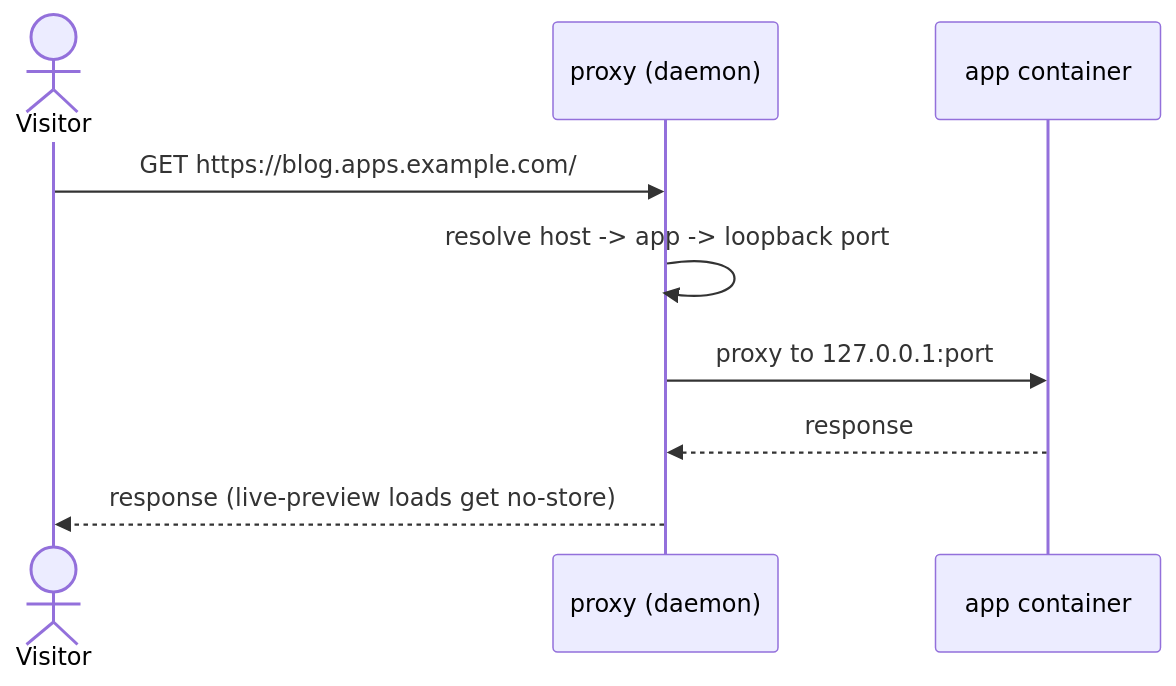
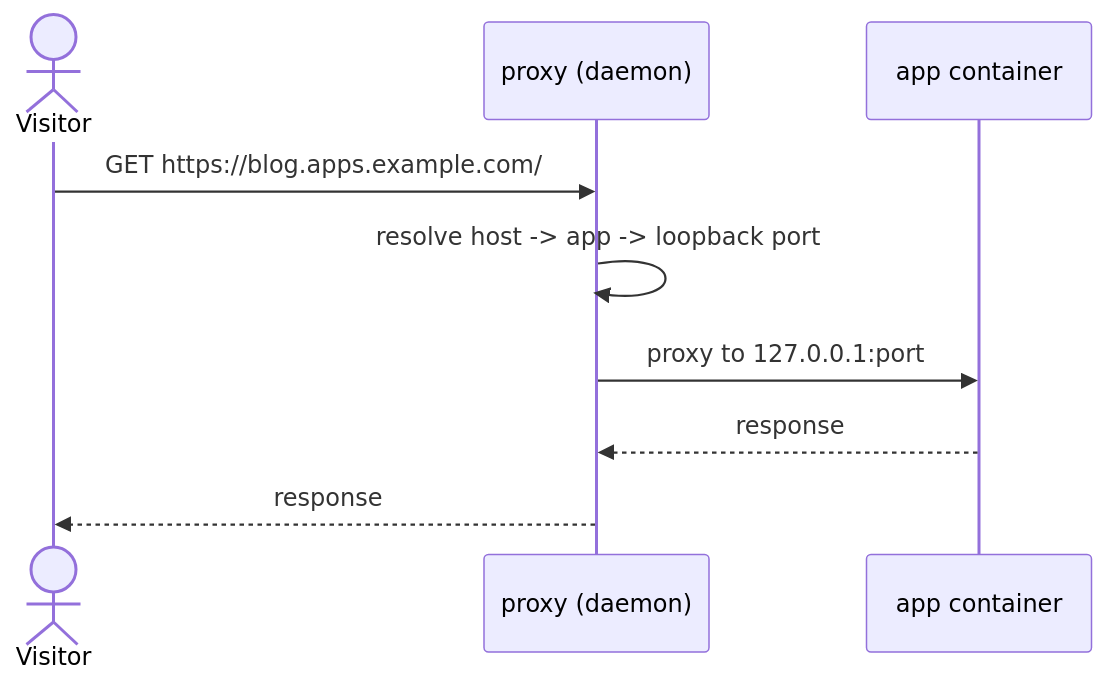
The sixth of 8 diagrams in docs/internal/slides/slides.md (binwiederhier/hostit), drawn with Mermaid before and after one commit. The commit also changed other lines of this file and 2 other files, not shown here.

````diff
--- a/docs/internal/slides/slides.md
+++ b/docs/internal/slides/slides.md
@@ -141,11 +263,11 @@
 ```mermaid
 sequenceDiagram
     actor Visitor
     participant P as proxy (daemon)
     participant App as app container
     Visitor->>P: GET https://blog.apps.example.com/
     P->>P: resolve host -> app -> loopback port
     P->>App: proxy to 127.0.0.1:port
     App-->>P: response
-    P-->>Visitor: response (live-preview loads get no-store)
+    P-->>Visitor: response
 ```
````
